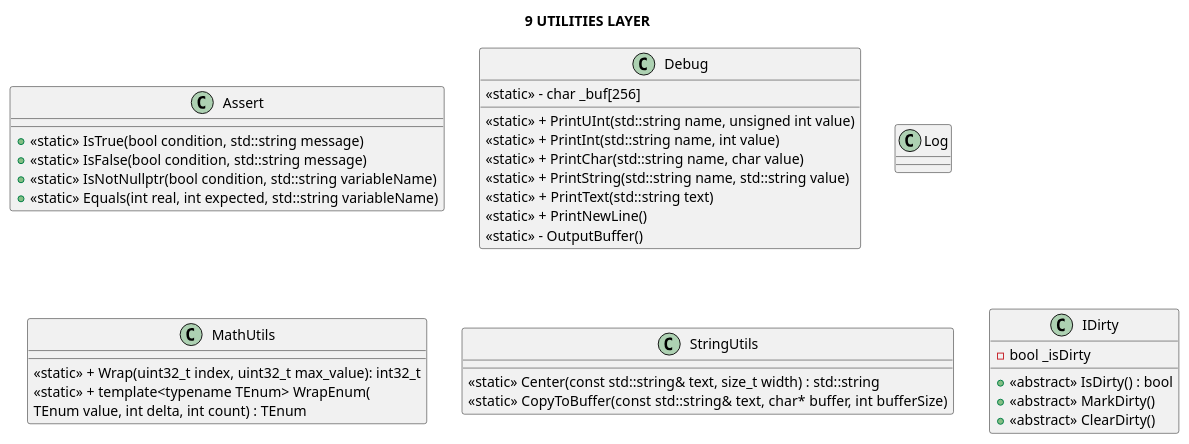
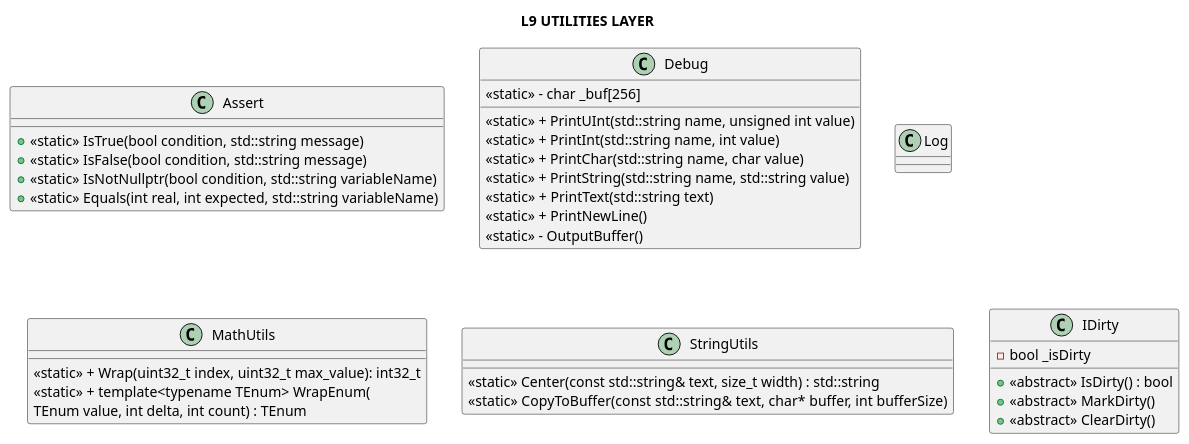
The diagram in Docs/Software Design/Layers/L9_utilities_layer.puml (michelkeijzers/fraxis), drawn with PlantUML before and after one commit. The commit also changed 122 other files, not shown here.

```diff
--- a/Docs/Software Design/Layers/L9_utilities_layer.puml
+++ b/Docs/Software Design/Layers/L9_utilities_layer.puml
@@ -1,53 +1,53 @@
 @startuml
 
-title 9 UTILITIES LAYER
+title L9 UTILITIES LAYER
 
 skinparam packageStyle rectangle
 skinparam lineThickness 2
 
 class Assert
 {
     + <<static>> IsTrue(bool condition, std::string message)
     + <<static>> IsFalse(bool condition, std::string message)
     + <<static>> IsNotNullptr(bool condition, std::string variableName)
     + <<static>> Equals(int real, int expected, std::string variableName)
 }
 
 class Debug
 {
     <<static>> + PrintUInt(std::string name, unsigned int value)
     <<static>> + PrintInt(std::string name, int value)
     <<static>> + PrintChar(std::string name, char value)
     <<static>> + PrintString(std::string name, std::string value)
     <<static>> + PrintText(std::string text)
     <<static>> + PrintNewLine()
     <<static>> - OutputBuffer()
     <<static>> - char _buf[256]
 }
 
 class Log
 {
 }
 
 class MathUtils
 {
     <<static>> + Wrap(uint32_t index, uint32_t max_value): int32_t
     <<static>> + template<typename TEnum> WrapEnum(
         TEnum value, int delta, int count) : TEnum
 }
 
 class StringUtils
 {
     <<static>> Center(const std::string& text, size_t width) : std::string
     <<static>> CopyToBuffer(const std::string& text, char* buffer, int bufferSize)
 }
 
 class IDirty
 {
     - bool _isDirty
     + <<abstract>> IsDirty() : bool
     + <<abstract>> MarkDirty()
     + <<abstract>> ClearDirty()
 }
 
 @enduml
```
